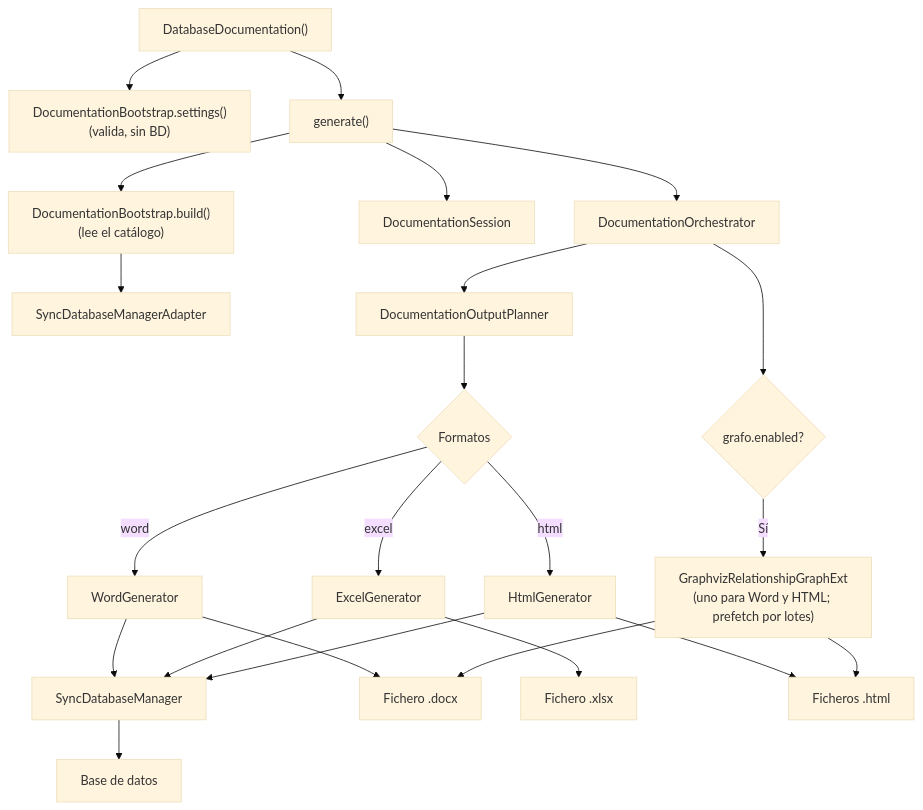
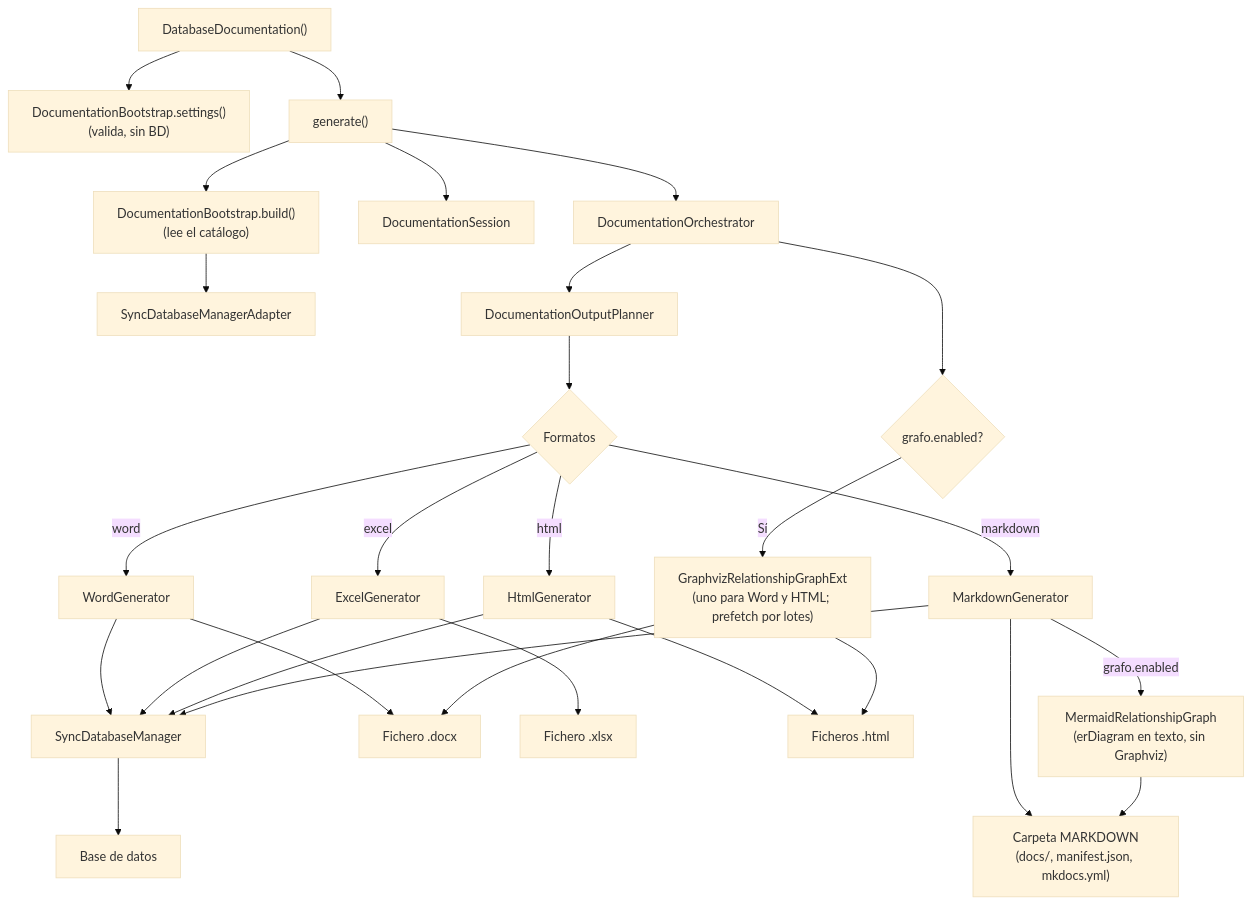
Before and after one commit to fmanza/util_bbdd: the diagram in docs/api/database_documentation.md, drawn with Mermaid (base theme). The commit also changed other lines of this file and 16 other files, not shown here.

First line of the commit message:
docs(doc): documentación Markdown, MermaidRelationshipGraph y traspaso a la web

````diff
--- a/docs/api/database_documentation.md
+++ b/docs/api/database_documentation.md
@@ -7,22 +7,26 @@
 ```mermaid
 flowchart TD
     A["DatabaseDocumentation()"] --> S["DocumentationBootstrap.settings()<br/>(valida, sin BD)"]
     A --> E["generate()"]
     E --> B["DocumentationBootstrap.build()<br/>(lee el catálogo)"]
     B --> C[SyncDatabaseManagerAdapter]
     E --> D[DocumentationSession]
     E --> F[DocumentationOrchestrator]
     F --> G[DocumentationOutputPlanner]
     G --> H{Formatos}
     H -->|html| K[HtmlGenerator]
     H -->|excel| J[ExcelGenerator]
     H -->|word| I[WordGenerator]
-    I & J & K --> L[SyncDatabaseManager]
+    H -->|markdown| MD[MarkdownGenerator]
+    I & J & K & MD --> L[SyncDatabaseManager]
     L --> M[Base de datos]
     I --> N[Fichero .docx]
     J --> O[Fichero .xlsx]
     K --> P[Ficheros .html]
+    MD --> MF["Carpeta MARKDOWN<br/>(docs/, manifest.json, mkdocs.yml)"]
     F --> Q{grafo.enabled?}
     Q -->|Sí| R["GraphvizRelationshipGraphExt<br/>(uno para Word y HTML; prefetch por lotes)"]
     R --> N & P
+    MD -->|grafo.enabled| ME["MermaidRelationshipGraph<br/>(erDiagram en texto, sin Graphviz)"]
+    ME --> MF
 ```
````
